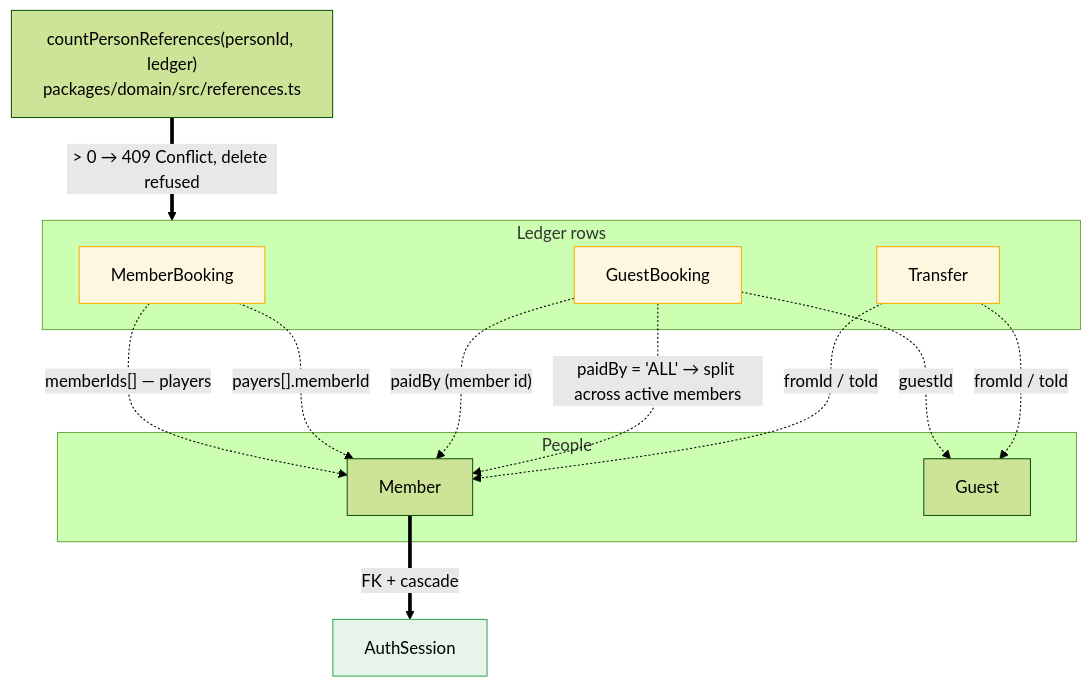
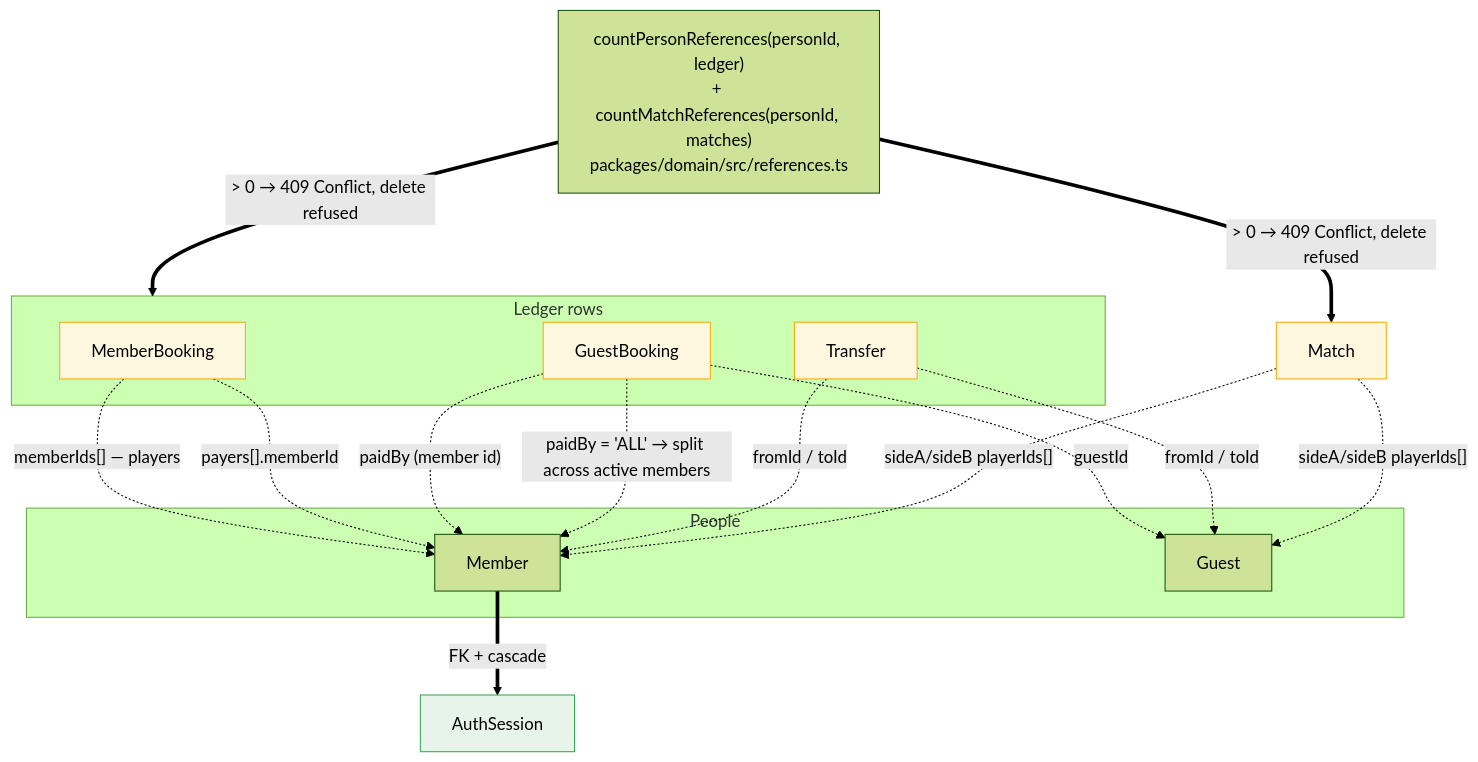
One commit to RobinNagpal/courtpot changed the second of 5 diagrams in docs/models.md. Above: the diagram before and after it, drawn with Mermaid (forest theme). The commit also changed other lines of this file and 45 other files, not shown here.

````diff
--- a/docs/models.md
+++ b/docs/models.md
@@ -101,33 +113,37 @@
 ```mermaid
 flowchart TD
     subgraph people["People"]
         M["Member"]
         G["Guest"]
     end
 
     subgraph rows["Ledger rows"]
         MB["MemberBooking"]
         GB["GuestBooking"]
         T["Transfer"]
     end
 
+    MA["Match"]
     S["AuthSession"]
 
     M ==>|"FK + cascade"| S
 
     MB -.->|"memberIds[] — players"| M
     MB -.->|"payers[].memberId"| M
     GB -.->|"guestId"| G
     GB -.->|"paidBy (member id)"| M
     GB -.->|"paidBy = 'ALL' → split across active members"| M
     T -.->|"fromId / toId"| M
     T -.->|"fromId / toId"| G
+    MA -.->|"sideA/sideB playerIds[]"| M
+    MA -.->|"sideA/sideB playerIds[]"| G
 
-    guard["countPersonReferences(personId, ledger)<br/>packages/domain/src/references.ts"]
+    guard["countPersonReferences(personId, ledger)<br/>+ countMatchReferences(personId, matches)<br/>packages/domain/src/references.ts"]
     guard ==>|"> 0 → 409 Conflict, delete refused"| rows
+    guard ==>|"> 0 → 409 Conflict, delete refused"| MA
 
     classDef solidCls fill:#e6f4ea,stroke:#34a853
     classDef dashCls fill:#fef7e0,stroke:#f9ab00
     class S solidCls
-    class MB,GB,T dashCls
+    class MB,GB,T,MA dashCls
 ```
````
